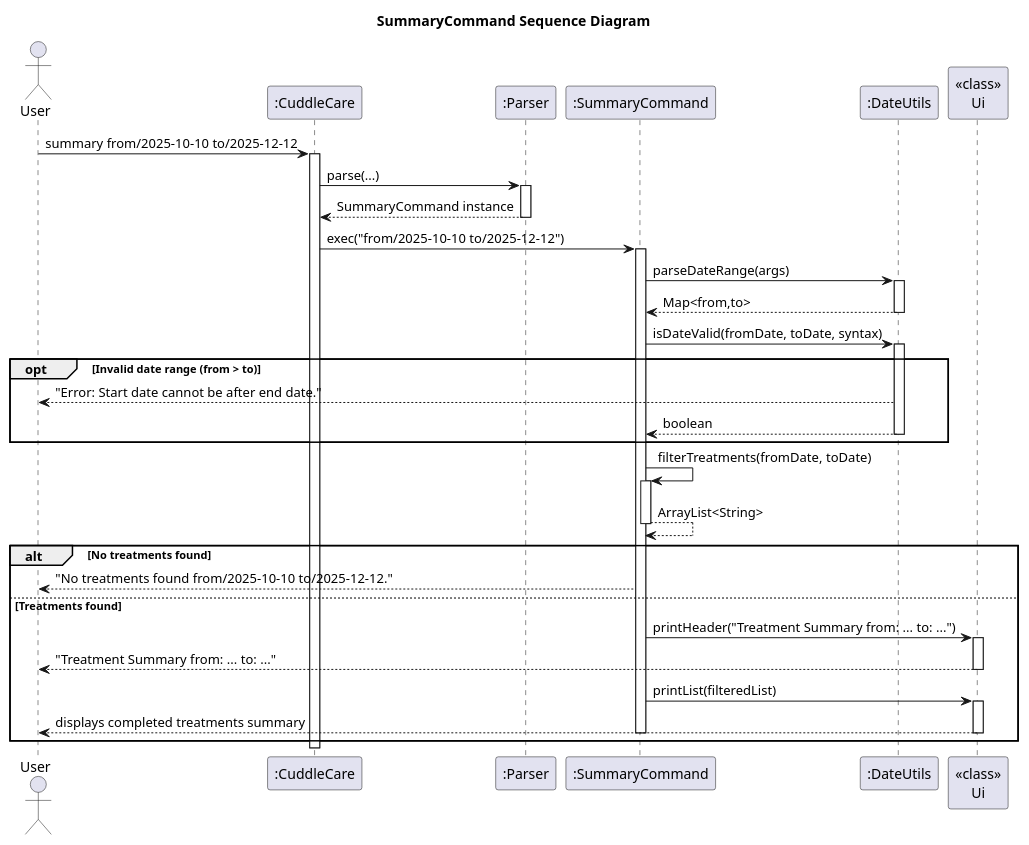
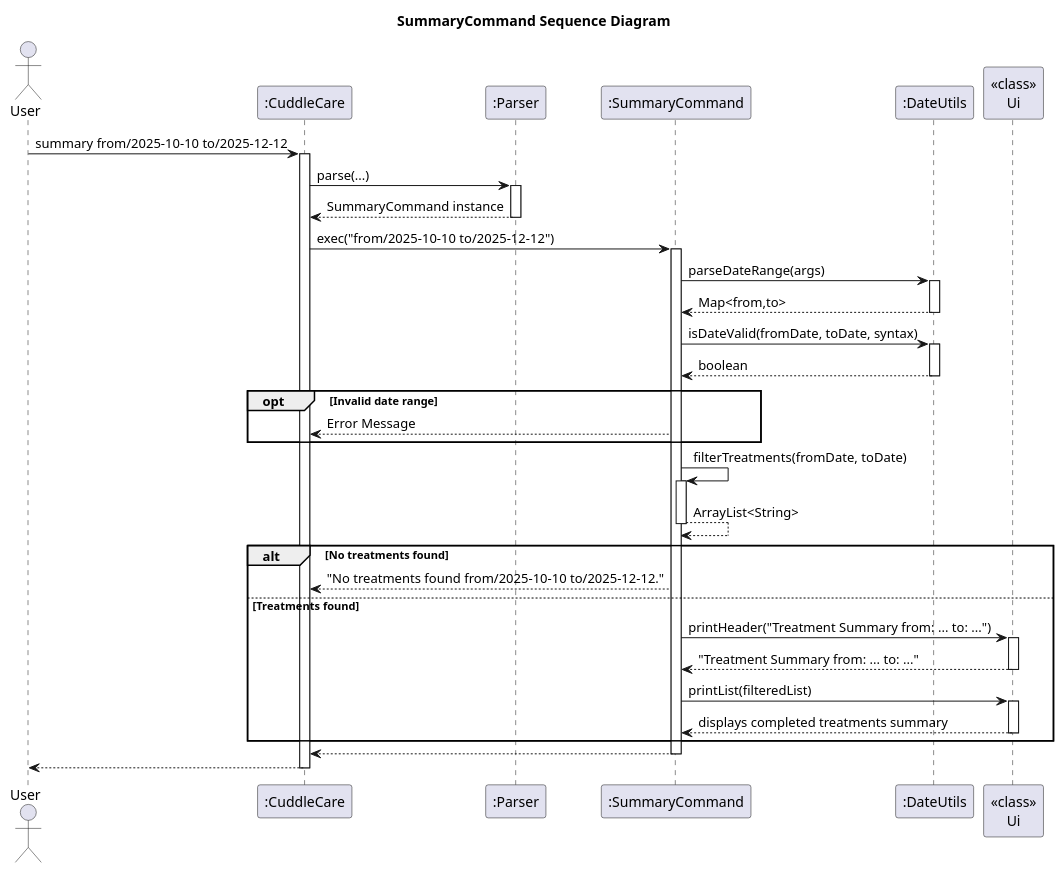
One commit to Kevin88866/tp changed the diagram in docs/uml/SummaryCommandSequence.puml. Above: the diagram before and after it, drawn with PlantUML. The commit also changed 3 other files, not shown here.

First line of the commit message:
Update sequence diagrams

```diff
--- a/docs/uml/SummaryCommandSequence.puml
+++ b/docs/uml/SummaryCommandSequence.puml
@@ -1,58 +1,57 @@
 @startuml
 title SummaryCommand Sequence Diagram
 
 actor User
 participant ":CuddleCare" as CuddleCare
 participant ":Parser" as Parser
 participant ":SummaryCommand" as Command
 participant ":DateUtils" as DateUtils
 participant "<<class>>\nUi" as Ui
 
 
 User -> CuddleCare: summary from/2025-10-10 to/2025-12-12
 activate CuddleCare
 
 CuddleCare -> Parser: parse(...)
 activate Parser
 Parser --> CuddleCare: SummaryCommand instance
 deactivate Parser
 
 CuddleCare -> Command: exec("from/2025-10-10 to/2025-12-12")
 activate Command
 
 
 Command -> DateUtils: parseDateRange(args)
 activate DateUtils
 DateUtils --> Command: Map<from,to>
 deactivate DateUtils
 
 
 Command -> DateUtils: isDateValid(fromDate, toDate, syntax)
 activate DateUtils
-opt Invalid date range (from > to)
-    DateUtils --> User: "Error: Start date cannot be after end date."
-    DateUtils --> Command: boolean
-    deactivate DateUtils
+return boolean
+
+opt Invalid date range
+    Command --> CuddleCare: Error Message
+
 end
 
 Command -> Command: filterTreatments(fromDate, toDate)
 activate Command
 Command --> Command: ArrayList<String>
 deactivate Command
 
 
 alt No treatments found
-    Command --> User: "No treatments found from/2025-10-10 to/2025-12-12."
+    Command --> CuddleCare: "No treatments found from/2025-10-10 to/2025-12-12."
 else Treatments found
     Command -> Ui: printHeader("Treatment Summary from: ... to: ...")
     activate Ui
-    Ui --> User: "Treatment Summary from: ... to: ..."
-    deactivate Ui
+    return "Treatment Summary from: ... to: ..."
     Command -> Ui: printList(filteredList)
     activate Ui
-    Ui --> User: displays completed treatments summary
-    deactivate Ui
-    deactivate Command
+    return displays completed treatments summary
 end
-    deactivate CuddleCare
+return
+return
 @enduml
```
